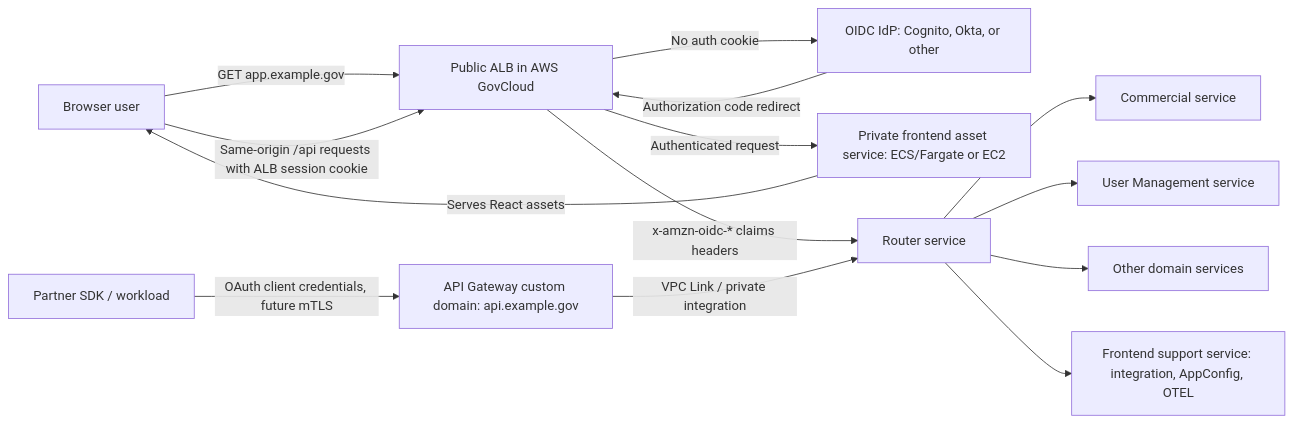
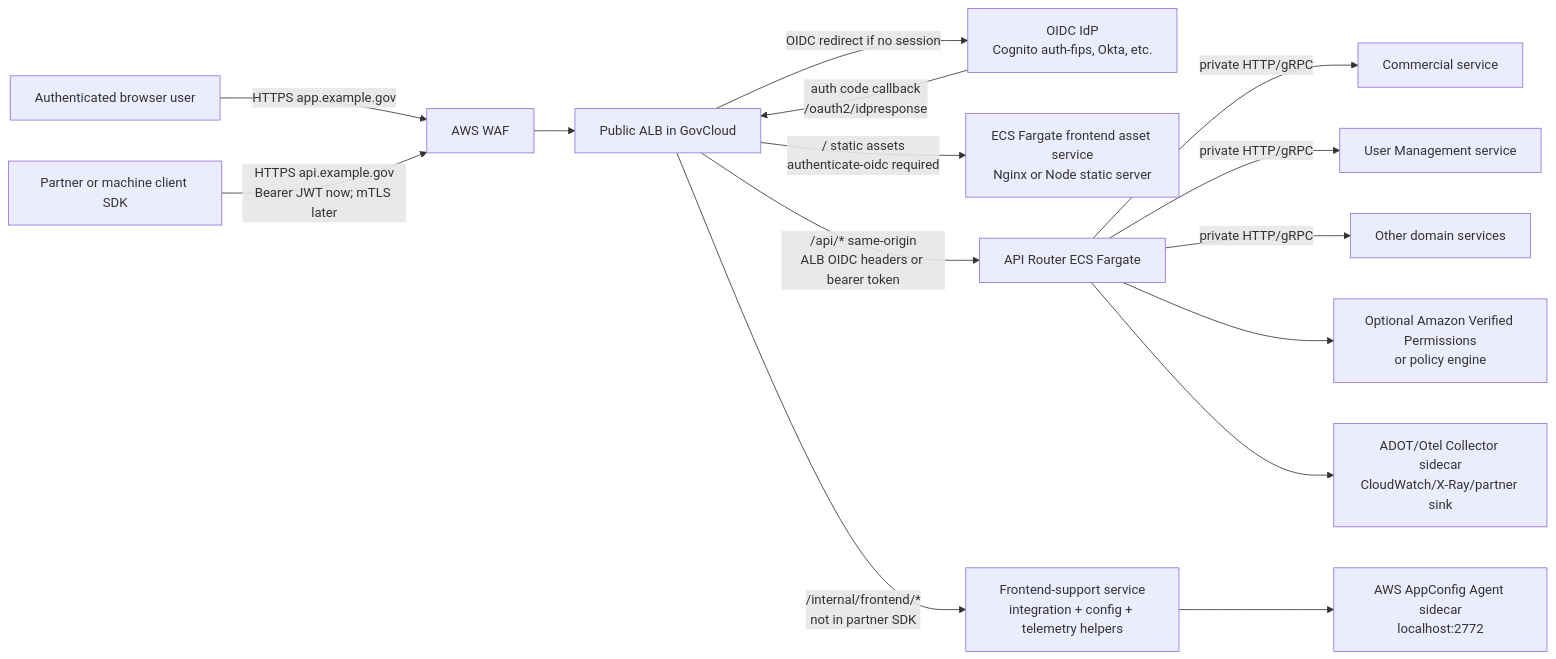
One commit to eric-minassian/notes changed the first of 9 diagrams in aws-govcloud-authenticated-spa-router/index.md. Above: the diagram before and after it, drawn with Mermaid. The commit also changed other lines of this file and 1 other file, not shown here.

````diff
--- a/aws-govcloud-authenticated-spa-router/index.md
+++ b/aws-govcloud-authenticated-spa-router/index.md
@@ -22,19 +40,22 @@
 ```mermaid
 flowchart LR
-    U[Browser user] -->|GET app.example.gov| ALB[Public ALB in AWS GovCloud]
-    ALB -->|No auth cookie| IDP["OIDC IdP: Cognito, Okta, or other"]
-    IDP -->|Authorization code redirect| ALB
-    ALB -->|Authenticated request| FE["Private frontend asset service: ECS/Fargate or EC2"]
-    FE -->|Serves React assets| U
+  U[Authenticated browser user] -->|HTTPS app.example.gov| WAF[AWS WAF]
+  WAF --> ALB[Public ALB in GovCloud]
 
-    U -->|Same-origin /api requests with ALB session cookie| ALB
-    ALB -->|x-amzn-oidc-* claims headers| ROUTER[Router service]
+  ALB -->|OIDC redirect if no session| IDP[OIDC IdP<br/>Cognito auth-fips, Okta, etc.]
+  IDP -->|auth code callback<br/>/oauth2/idpresponse| ALB
 
-    PARTNER[Partner SDK / workload] -->|OAuth client credentials, future mTLS| APIGW["API Gateway custom domain: api.example.gov"]
-    APIGW -->|VPC Link / private integration| ROUTER
+  ALB -->|/ static assets<br/>authenticate-oidc required| FE[ECS Fargate frontend asset service<br/>Nginx or Node static server]
+  ALB -->|/api/* same-origin<br/>ALB OIDC headers or bearer token| R[API Router ECS Fargate]
+  ALB -->|/internal/frontend/*<br/>not in partner SDK| FS[Frontend-support service<br/>integration + config + telemetry helpers]
 
-    ROUTER --> COMM[Commercial service]
-    ROUTER --> USER[User Management service]
-    ROUTER --> OTHER[Other domain services]
-    ROUTER --> AUX["Frontend support service: integration, AppConfig, OTEL"]
+  R -->|private HTTP/gRPC| C[Commercial service]
+  R -->|private HTTP/gRPC| UM[User Management service]
+  R -->|private HTTP/gRPC| SVC[Other domain services]
+
+  FS --> AC[AWS AppConfig Agent sidecar<br/>localhost:2772]
+  R --> VP[Optional Amazon Verified Permissions<br/>or policy engine]
+  R --> OBS[ADOT/Otel Collector sidecar<br/>CloudWatch/X-Ray/partner sink]
+
+  P[Partner or machine client SDK] -->|HTTPS api.example.gov<br/>Bearer JWT now; mTLS later| WAF
 ```
````
